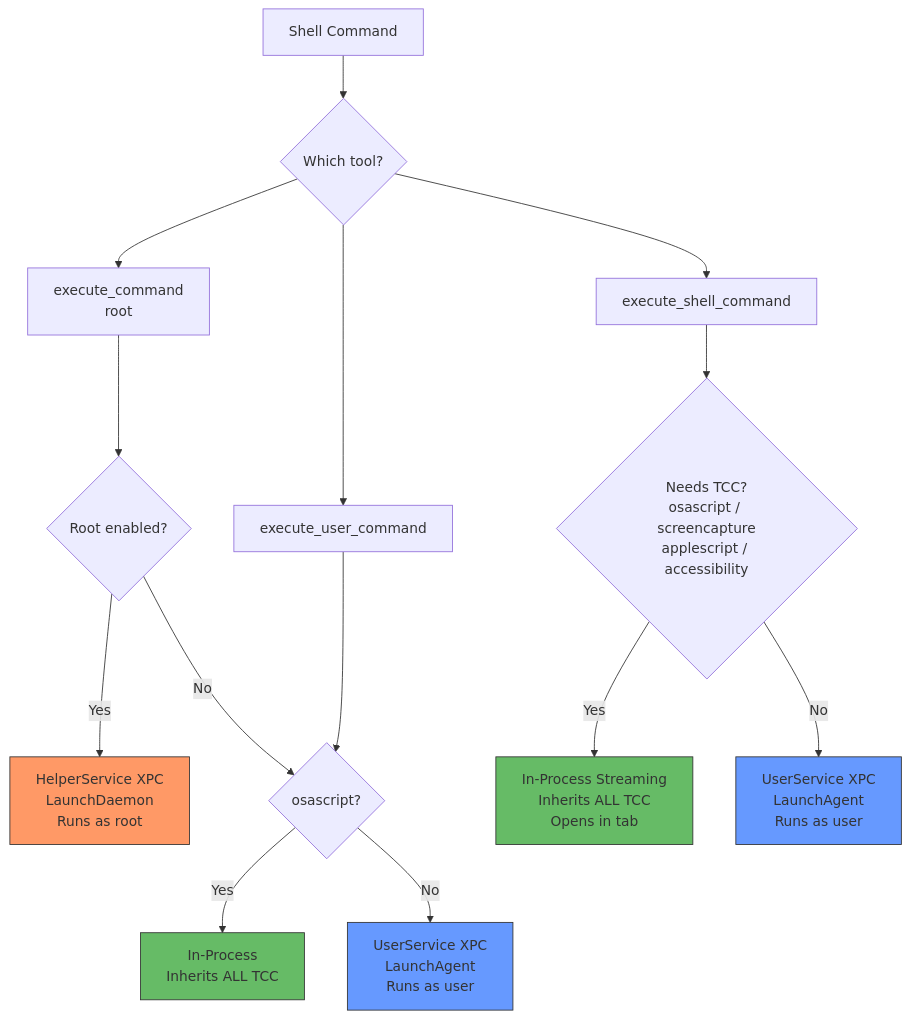
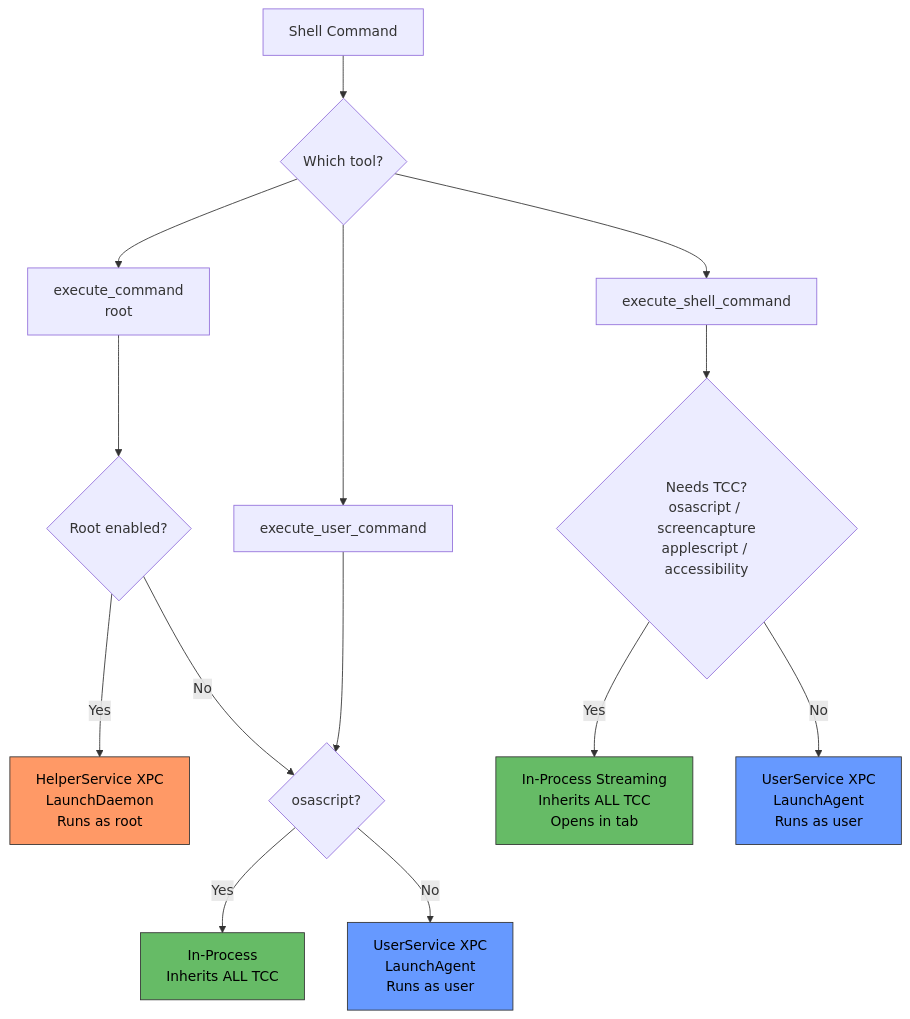
One commit to macOS26/Agent changed the diagram in README.md. Above: the diagram before and after it, drawn with Mermaid.

Commit message:
Set black text on colored Mermaid flowchart nodes

````diff
--- a/README.md
+++ b/README.md
@@ -443,26 +443,26 @@
 ```mermaid
 flowchart TD
     A[Shell Command] --> B{Which tool?}
     B --> C[execute_command\nroot]
     B --> D[execute_user_command]
     B --> E[execute_shell_command]
 
     C --> F{Root enabled?}
     F -- Yes --> G[HelperService XPC\nLaunchDaemon\nRuns as root]
     F -- No --> H{osascript?}
 
     D --> H
 
     H -- Yes --> I[In-Process\nInherits ALL TCC]
     H -- No --> J[UserService XPC\nLaunchAgent\nRuns as user]
 
     E --> K{Needs TCC?\nosascript / screencapture\napplescript / accessibility}
     K -- Yes --> L[In-Process Streaming\nInherits ALL TCC\nOpens in tab]
     K -- No --> M[UserService XPC\nLaunchAgent\nRuns as user]
 
-    style G fill:#f96,stroke:#333
-    style I fill:#6b6,stroke:#333
-    style L fill:#6b6,stroke:#333
-    style J fill:#69f,stroke:#333
-    style M fill:#69f,stroke:#333
+    style G fill:#f96,stroke:#333,color:#000
+    style I fill:#6b6,stroke:#333,color:#000
+    style L fill:#6b6,stroke:#333,color:#000
+    style J fill:#69f,stroke:#333,color:#000
+    style M fill:#69f,stroke:#333,color:#000
 ```
````
